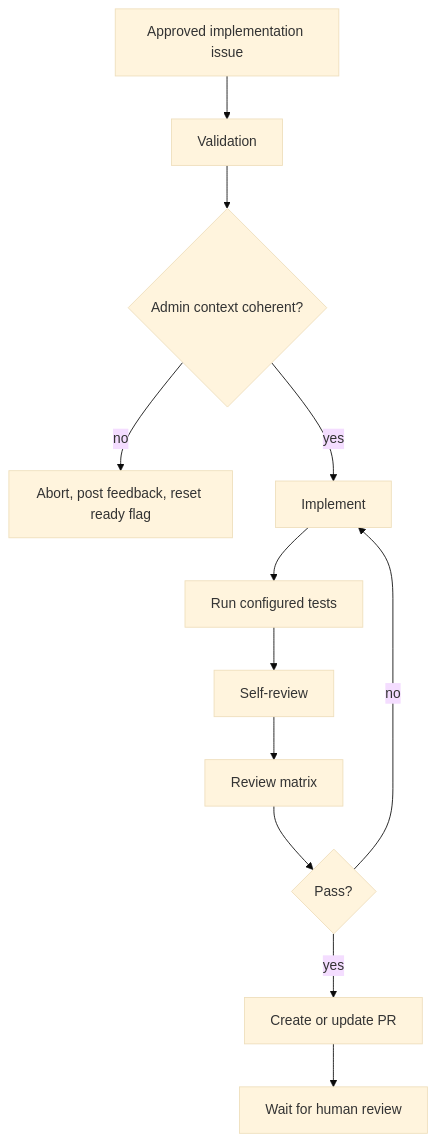
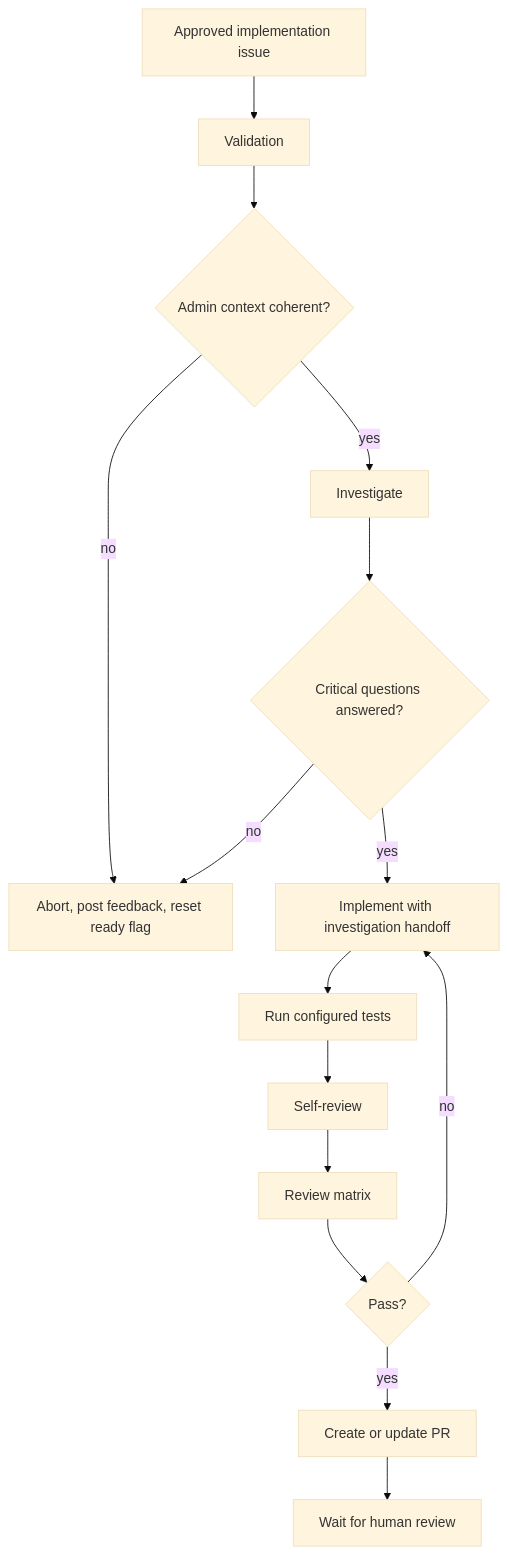
The second of 5 diagrams in docs/WORKFLOW.md (markhuangai/git-vibe), drawn with Mermaid (base theme) before and after one commit. The commit also changed other lines of this file and 15 other files, not shown here.

Commit message:
feat: gate develop on investigation handoff

````diff
--- a/docs/WORKFLOW.md
+++ b/docs/WORKFLOW.md
@@ -106,14 +106,17 @@
 ```mermaid
 flowchart TD
   A[Approved implementation issue] --> B[Validation]
   B --> C{Admin context coherent?}
   C -->|no| D[Abort, post feedback, reset ready flag]
-  C -->|yes| E[Implement]
-  E --> F[Run configured tests]
-  F --> G[Self-review]
-  G --> H[Review matrix]
-  H --> I{Pass?}
-  I -->|no| E
-  I -->|yes| J[Create or update PR]
-  J --> K[Wait for human review]
+  C -->|yes| E[Investigate]
+  E --> F{Critical questions answered?}
+  F -->|no| D
+  F -->|yes| G[Implement with investigation handoff]
+  G --> H[Run configured tests]
+  H --> I[Self-review]
+  I --> J[Review matrix]
+  J --> K{Pass?}
+  K -->|no| G
+  K -->|yes| L[Create or update PR]
+  L --> M[Wait for human review]
 ```
````
